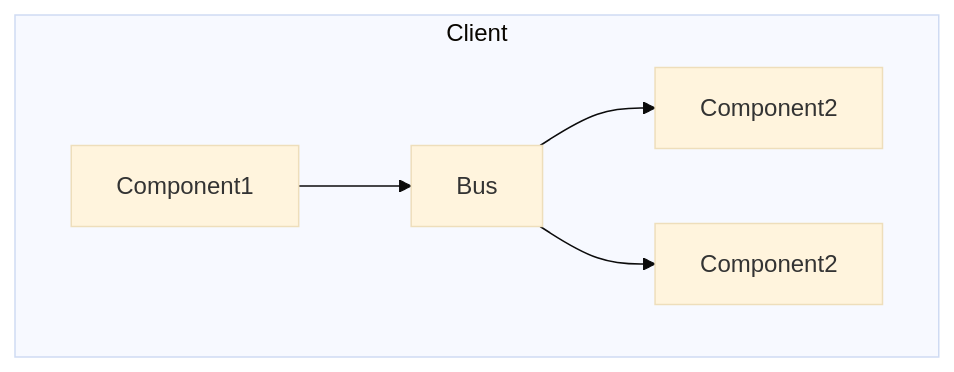
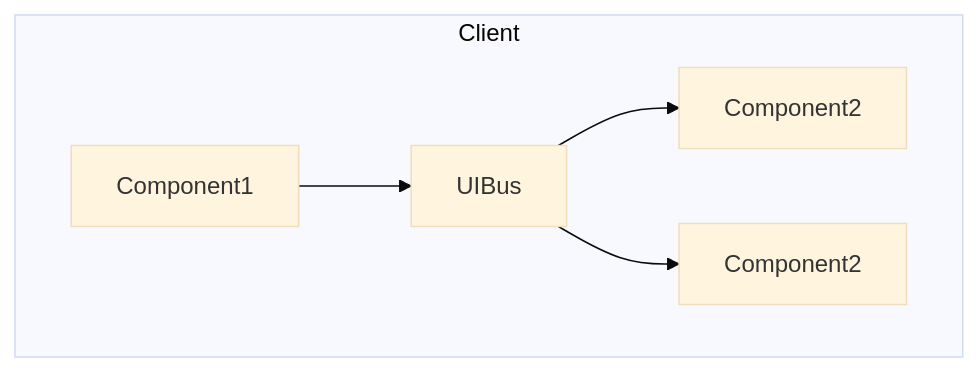
One commit to ntrondo/HostedBlazorAppSkeleton changed the first of 2 diagrams in Messages/Readme.md. Above: the diagram before and after it, drawn with Mermaid (base theme). The commit also changed other lines of this file and 19 other files, not shown here.

````diff
--- a/Messages/Readme.md
+++ b/Messages/Readme.md
@@ -9,9 +9,9 @@
 ```mermaid
 flowchart
 subgraph Client
 direction LR
-    A[Component1]-->B[Bus]
+    A[Component1]-->B[UIBus]
     B-->C[Component2]
     B-->D[Component2]
     end
 ```
````
